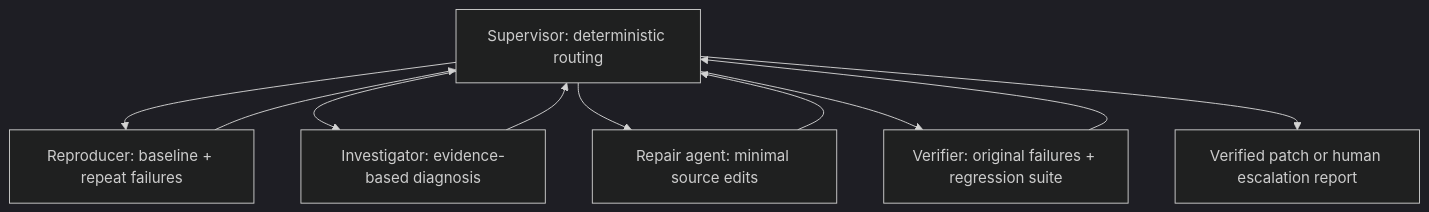
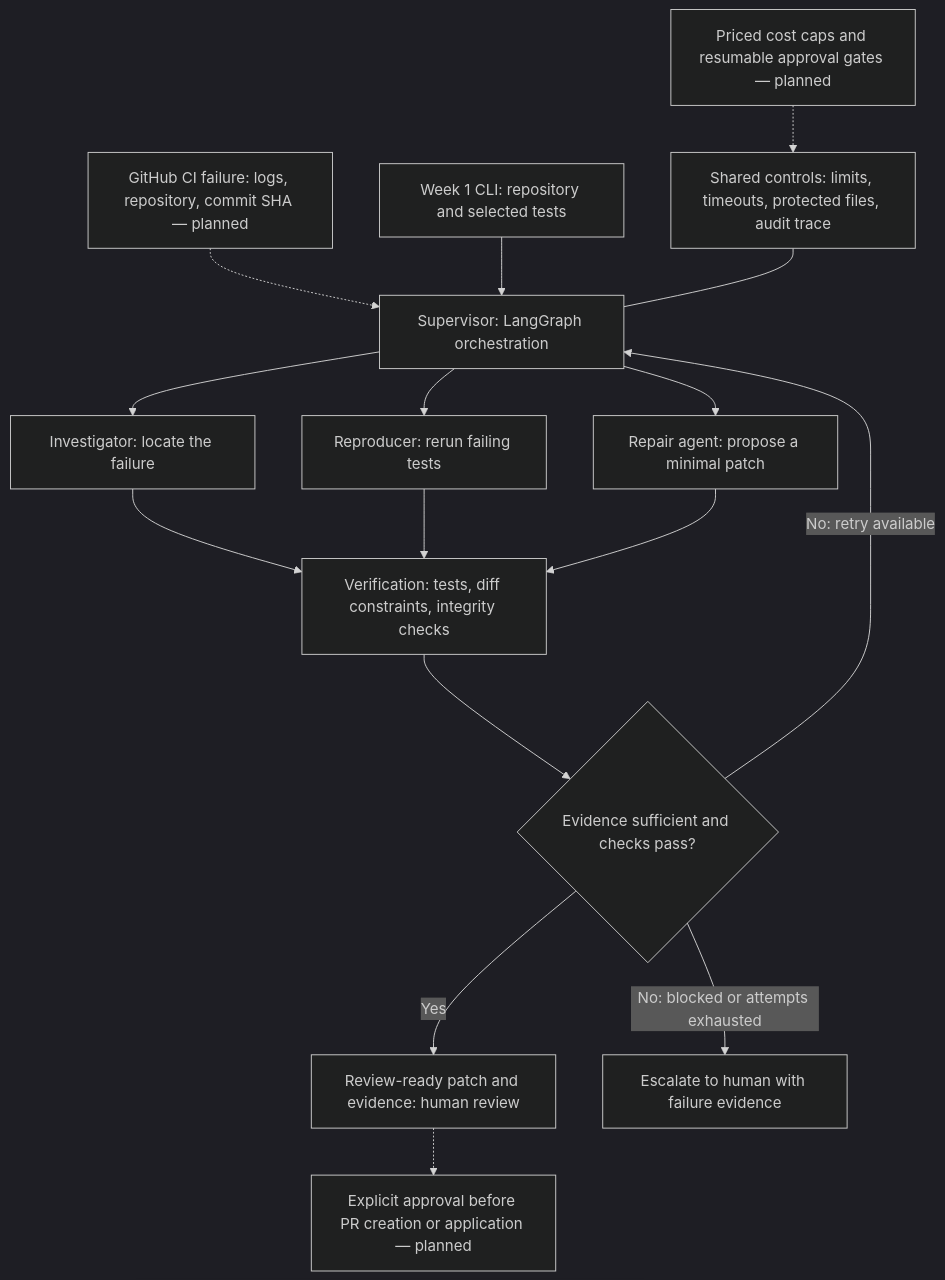
Before and after one commit to Aahil19/ProofPatch: the diagram in README.md, drawn with Mermaid (dark theme). The commit also changed other lines of this file and 1 other file, not shown here.

Commit message:
Document architecture reference and map Week 1 components

````diff
--- a/README.md
+++ b/README.md
@@ -81,12 +86,19 @@
 ```mermaid
 flowchart TD
-    S[Supervisor: deterministic routing] --> R[Reproducer: baseline + repeat failures]
-    R --> S
-    S --> I[Investigator: evidence-based diagnosis]
-    I --> S
-    S --> P[Repair agent: minimal source edits]
-    P --> S
-    S --> V[Verifier: original failures + regression suite]
-    V --> S
-    S --> E[Verified patch or human escalation report]
+    CI["GitHub CI failure: logs, repository, commit SHA — planned"] -.-> S
+    CLI["Week 1 CLI: repository and selected tests"] --> S
+    S["Supervisor: LangGraph orchestration"]
+    S --> I["Investigator: locate the failure"]
+    S --> R["Reproducer: rerun failing tests"]
+    S --> P["Repair agent: propose a minimal patch"]
+    I --> V
+    R --> V
+    P --> V
+    V["Verification: tests, diff constraints, integrity checks"] --> G{"Evidence sufficient and checks pass?"}
+    G -->|Yes| H["Review-ready patch and evidence: human review"]
+    G -->|No: retry available| S
+    G -->|No: blocked or attempts exhausted| E["Escalate to human with failure evidence"]
+    H -.-> A["Explicit approval before PR creation or application — planned"]
+    C["Shared controls: limits, timeouts, protected files, audit trace"] --- S
+    B["Priced cost caps and resumable approval gates — planned"] -.-> C
 ```
````
